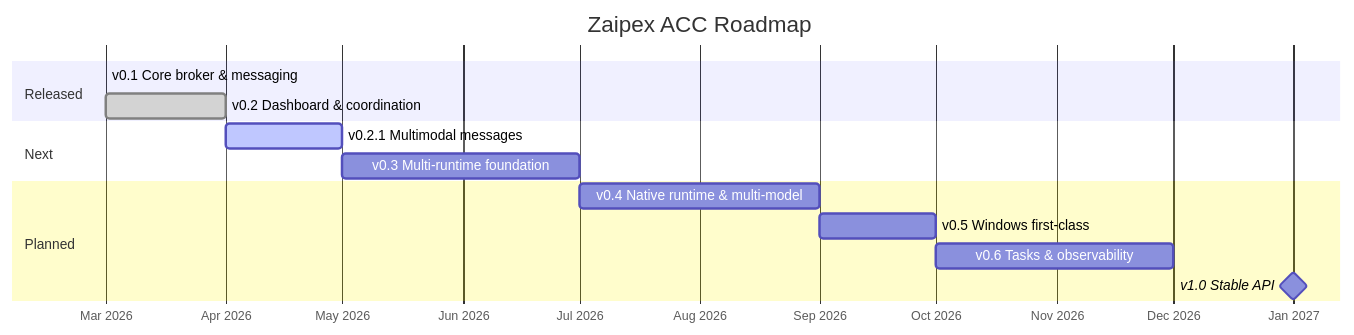
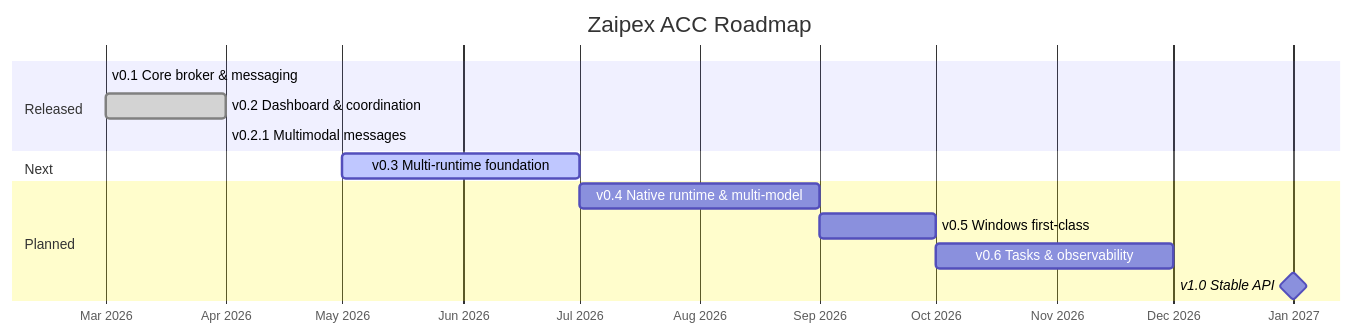
The second of 2 diagrams in README.md (Zaipex-Labs/agent-control-center), drawn with Mermaid before and after one commit. The commit also changed other lines of this file and 3 other files, not shown here.

````diff
--- a/README.md
+++ b/README.md
@@ -497,20 +497,21 @@
 ```mermaid
 gantt
     title Zaipex ACC Roadmap
     dateFormat YYYY-MM
     axisFormat %b %Y
 
     section Released
     v0.1 Core broker & messaging       :done, v01, 2026-03, 2026-03
     v0.2 Dashboard & coordination      :done, v02, 2026-03, 2026-04
 
+    v0.2.1 Multimodal messages         :done, v021, 2026-04, 2026-04
+
     section Next
-    v0.2.1 Multimodal messages         :active, v021, 2026-04, 2026-05
-    v0.3 Multi-runtime foundation      :v03, 2026-05, 2026-07
+    v0.3 Multi-runtime foundation      :active, v03, 2026-05, 2026-07
 
     section Planned
     v0.4 Native runtime & multi-model  :v04, 2026-07, 2026-09
     v0.5 Windows first-class           :v05, 2026-09, 2026-10
     v0.6 Tasks & observability         :v06, 2026-10, 2026-12
     v1.0 Stable API                    :milestone, v10, 2027-01, 0d
 ```
````
